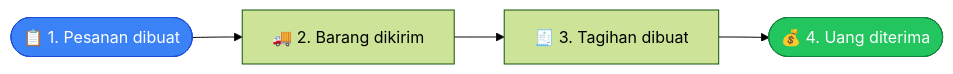
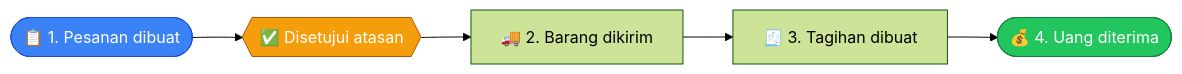
One commit to RimbunCode/erp_pataya changed the first of 2 diagrams in docs/manual-book/penjualan.md. Above: the diagram before and after it, drawn with Mermaid (forest theme). The commit also changed other lines of this file and 45 other files, not shown here.

````diff
--- a/docs/manual-book/penjualan.md
+++ b/docs/manual-book/penjualan.md
@@ -22,7 +22,8 @@
 ```mermaid
 flowchart LR
-    SO(["📋 1. Pesanan dibuat"]) --> DN["🚚 2. Barang dikirim"] --> SI["🧾 3. Tagihan dibuat"] --> PE(["💰 4. Uang diterima"])
+    SO(["📋 1. Pesanan dibuat"]) --> AP{{"✅ Disetujui atasan"}} --> DN["🚚 2. Barang dikirim"] --> SI["🧾 3. Tagihan dibuat"] --> PE(["💰 4. Uang diterima"])
 
     style SO fill:#3b82f6,stroke:#1d4ed8,color:#fff
+    style AP fill:#f59e0b,stroke:#b45309,color:#fff
     style PE fill:#22c55e,stroke:#15803d,color:#fff
 ```
````
